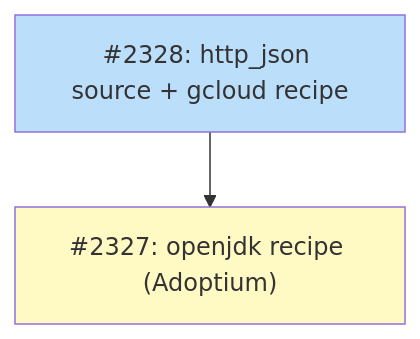
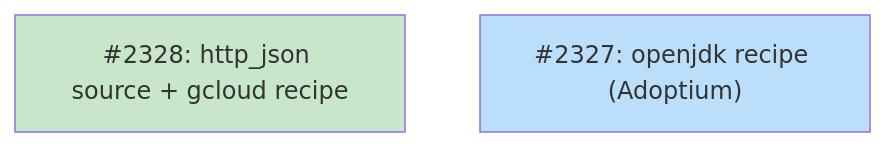
Before and after one commit to tsukumogami/tsuku: the diagram in docs/designs/DESIGN-http-json-version-source.md, drawn with Mermaid. The commit also changed other lines of this file, not shown here.

Commit message:
docs(design): mark #2328 done in design doc; remove cross-edge to #2327
The PR closes #2328, so MM15 requires the table row to be strikethrough'd
and the diagram class to be 'done'. #2327 (openjdk) doesn't have an open
hard blocker once #2328 closes, so MM17 wants its class changed from
'blocked' to 'ready' and the I2328 -> I2327 edge removed (it was a
soft sequencing hint, not a hard block).

````diff
--- a/docs/designs/DESIGN-http-json-version-source.md
+++ b/docs/designs/DESIGN-http-json-version-source.md
@@ -532,13 +532,11 @@
 ```mermaid
 graph TD
     I2328["#2328: http_json source + gcloud recipe"]
     I2327["#2327: openjdk recipe (Adoptium)"]
 
-    I2328 --> I2327
+    classDef done fill:#c8e6c9
+    classDef ready fill:#bbdefb
 
-    classDef ready fill:#bbdefb
-    classDef blocked fill:#fff9c4
-
-    class I2328 ready
-    class I2327 blocked
+    class I2328 done
+    class I2327 ready
 ```
````
